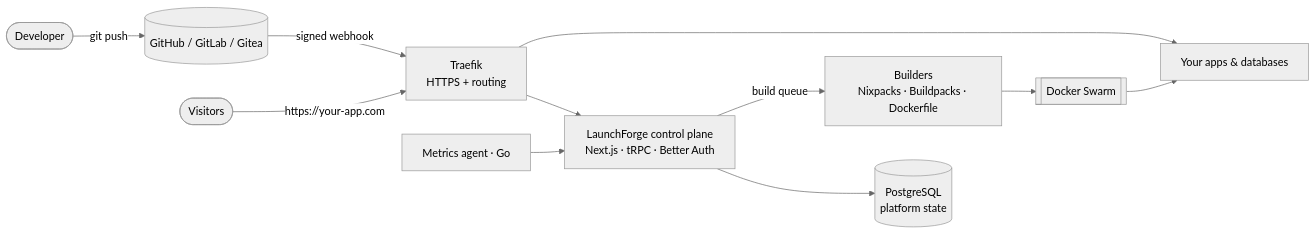
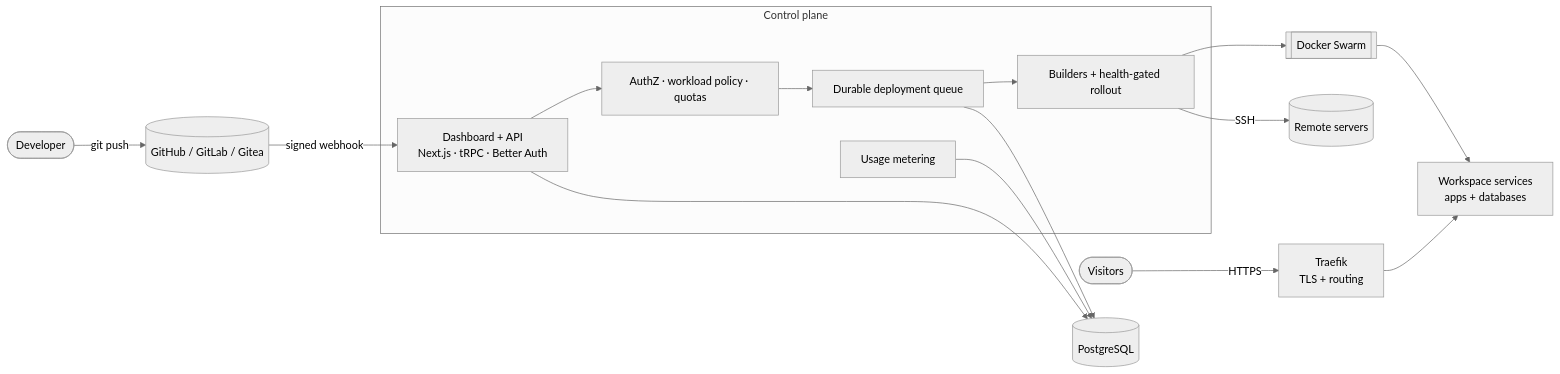
The diagram in README.md (Aayushajs/LaunchForge-OS), drawn with Mermaid (neutral theme) before and after one commit. The commit also changed other lines of this file and 9 other files, not shown here.

````diff
--- a/README.md
+++ b/README.md
@@ -31,13 +75,21 @@
 ```mermaid
 flowchart LR
   dev([Developer]) -->|git push| git[(GitHub / GitLab / Gitea)]
-  git -->|signed webhook| proxy[Traefik<br/>HTTPS + routing]
-  user([Visitors]) -->|https://your-app.com| proxy
-  proxy --> panel[LaunchForge control plane<br/>Next.js · tRPC · Better Auth]
-  panel --> pg[(PostgreSQL<br/>platform state)]
-  panel -->|build queue| builder[Builders<br/>Nixpacks · Buildpacks · Dockerfile]
-  builder --> swarm[[Docker Swarm]]
-  swarm --> apps[Your apps & databases]
-  proxy --> apps
-  agent[Metrics agent · Go] --> panel
+  git -->|signed webhook| api
+  users([Visitors]) -->|HTTPS| traefik[Traefik<br/>TLS + routing]
+  subgraph cp[Control plane]
+    api[Dashboard + API<br/>Next.js · tRPC · Better Auth]
+    authz[AuthZ · workload policy · quotas]
+    queue[Durable deployment queue]
+    worker[Builders + health-gated rollout]
+    meter[Usage metering]
+  end
+  api --> authz --> queue --> worker
+  api --> pg[(PostgreSQL)]
+  queue --> pg
+  meter --> pg
+  worker --> swarm[[Docker Swarm]]
+  swarm --> apps[Workspace services<br/>apps + databases]
+  traefik --> apps
+  worker -->|SSH| remote[(Remote servers)]
 ```
````
